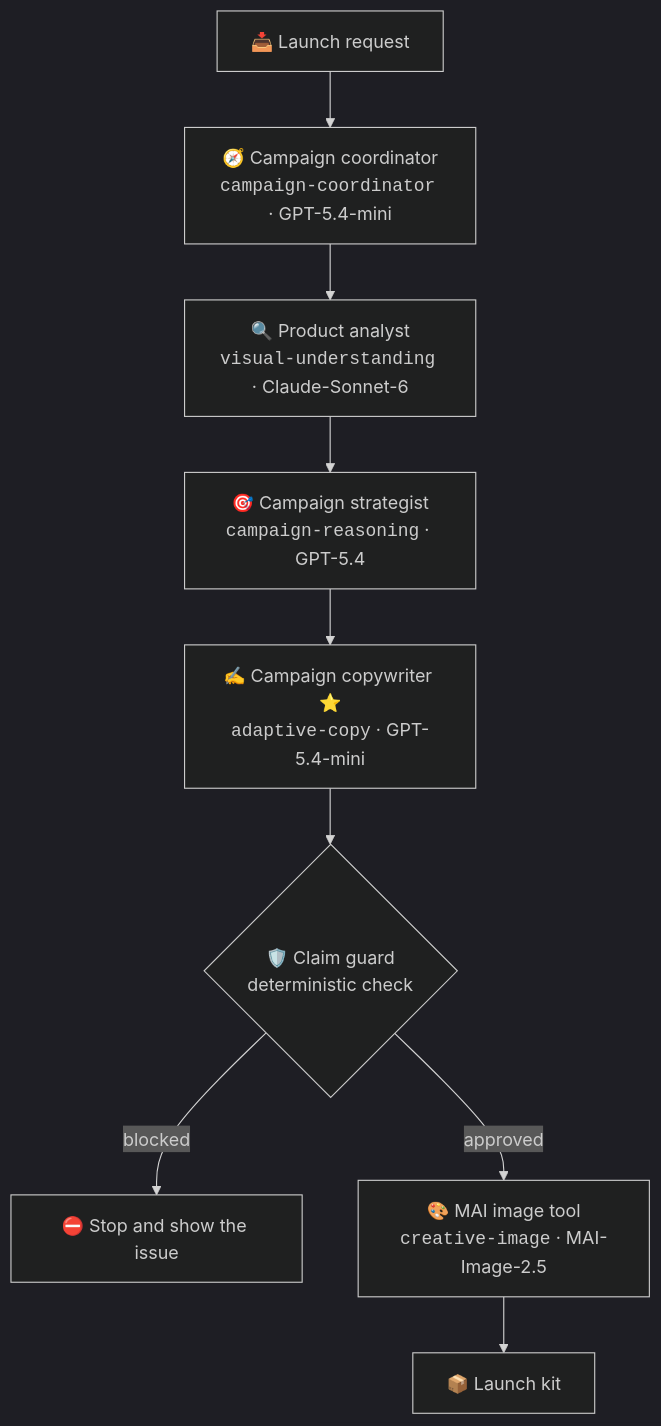
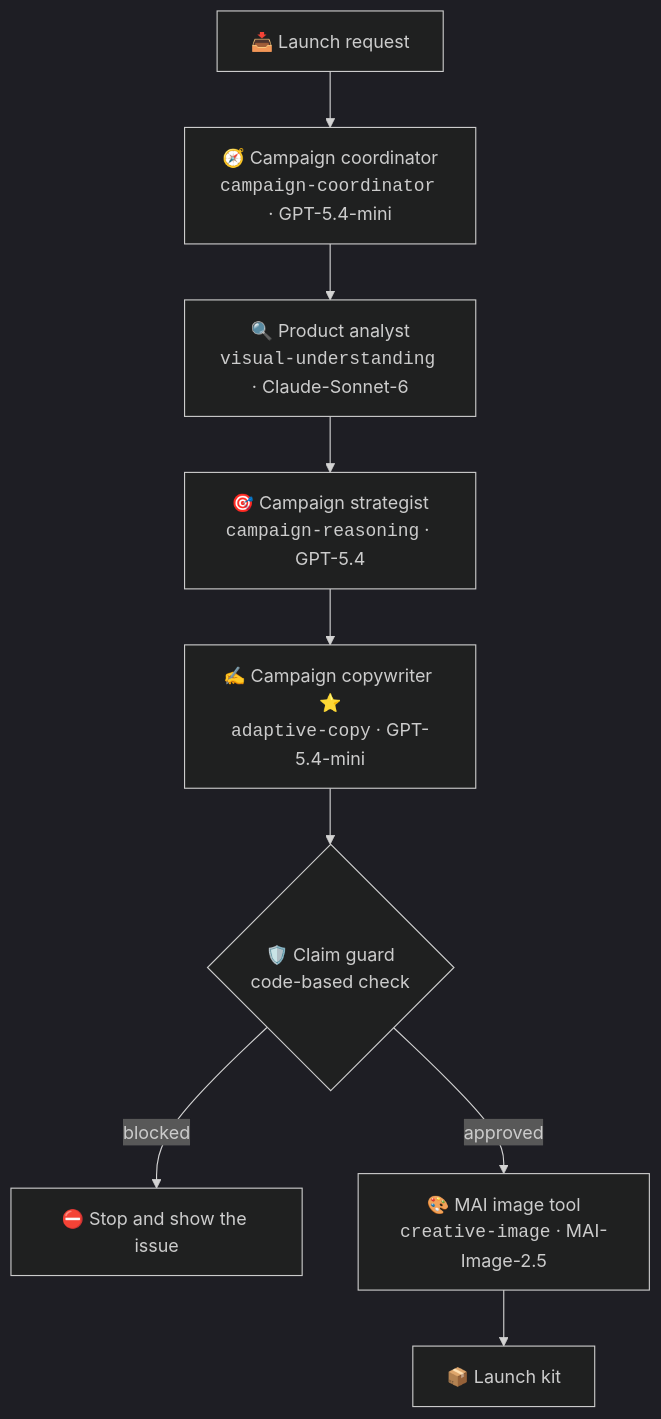
One commit to nitya/model-mastery changed the first of 2 diagrams in foundry/agent-optimization/instructions/self-guided/lab-0-setup/02-orientation.md. Above: the diagram before and after it, drawn with Mermaid (dark theme). The commit also changed other lines of this file and 29 other files, not shown here.

````diff
--- a/foundry/agent-optimization/instructions/self-guided/lab-0-setup/02-orientation.md
+++ b/foundry/agent-optimization/instructions/self-guided/lab-0-setup/02-orientation.md
@@ -51,11 +53,11 @@
 ```mermaid
 flowchart TB
     U["📥 Launch request"] --> C["🧭 Campaign coordinator<br/><code>campaign-coordinator</code> · GPT-5.4-mini"]
     C --> P["🔍 Product analyst<br/><code>visual-understanding</code> · Claude-Sonnet-6"]
     P --> S["🎯 Campaign strategist<br/><code>campaign-reasoning</code> · GPT-5.4"]
     S --> W["✍️ Campaign copywriter ⭐<br/><code>adaptive-copy</code> · GPT-5.4-mini"]
-    W --> G{"🛡️ Claim guard<br/>deterministic check"}
+    W --> G{"🛡️ Claim guard<br/>code-based check"}
     G -- "blocked" --> X["⛔ Stop and show the issue"]
     G -- "approved" --> I["🎨 MAI image tool<br/><code>creative-image</code> · MAI-Image-2.5"]
     I --> K["📦 Launch kit"]
 ```
````
